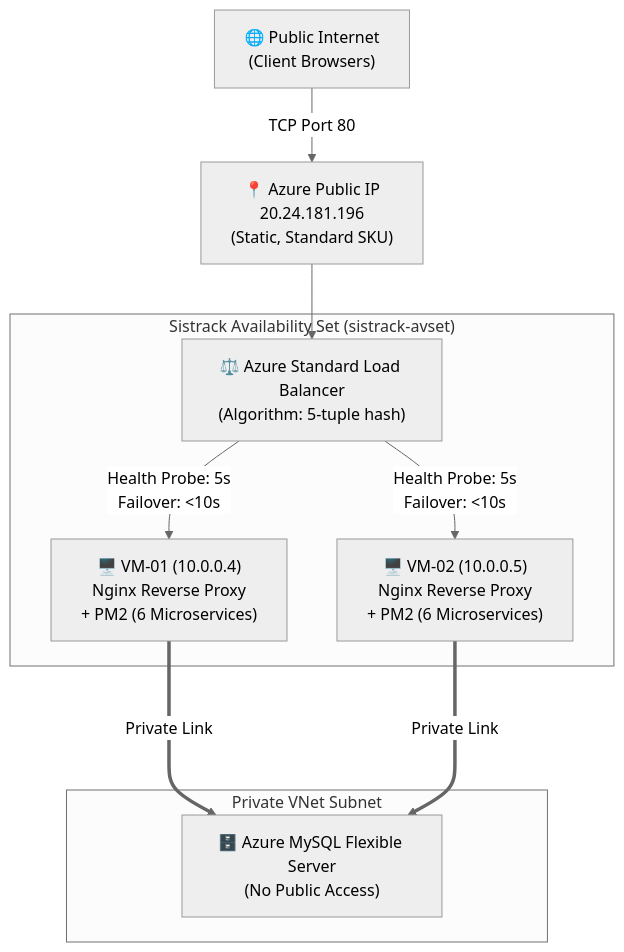
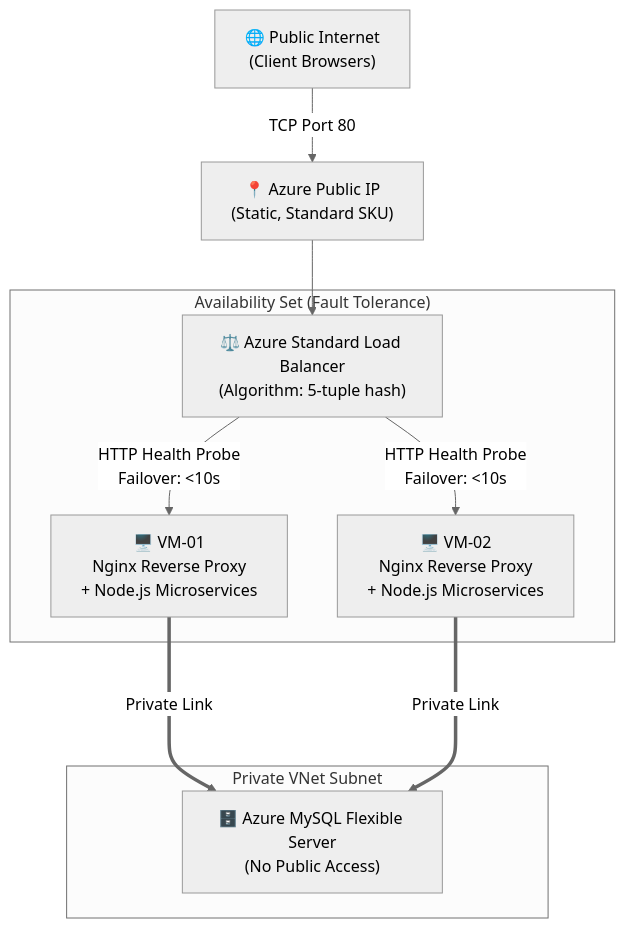
The first of 2 diagrams in README.md (adamyudhistiramuhtar-byte/SistrackV2), drawn with Mermaid (neutral theme) before and after one commit. The commit also changed other lines of this file and 15 other files, not shown here.

Commit message:
docs: overhaul project documentation with comprehensive cloud architecture guides and professionalize README content

````diff
--- a/README.md
+++ b/README.md
@@ -56,16 +54,16 @@
 ```mermaid
 graph TD
-    Internet["🌐 Public Internet\n(Client Browsers)"] -->|TCP Port 80| LB_PIP["📍 Azure Public IP\n20.24.181.196\n(Static, Standard SKU)"]
+    Internet["🌐 Public Internet\n(Client Browsers)"] -->|TCP Port 80| LB_PIP["📍 Azure Public IP\n(Static, Standard SKU)"]
     
     LB_PIP --> LB["⚖️ Azure Standard Load Balancer\n(Algorithm: 5-tuple hash)"]
     
-    subgraph "Sistrack Availability Set (sistrack-avset)"
-        LB -->|"Health Probe: 5s\nFailover: <10s"| VM1["🖥️ VM-01 (10.0.0.4)\nNginx Reverse Proxy\n+ PM2 (6 Microservices)"]
-        LB -->|"Health Probe: 5s\nFailover: <10s"| VM2["🖥️ VM-02 (10.0.0.5)\nNginx Reverse Proxy\n+ PM2 (6 Microservices)"]
+    subgraph "Availability Set (Fault Tolerance)"
+        LB -->|"HTTP Health Probe\nFailover: <10s"| VM1["🖥️ VM-01\nNginx Reverse Proxy\n+ Node.js Microservices"]
+        LB -->|"HTTP Health Probe\nFailover: <10s"| VM2["🖥️ VM-02\nNginx Reverse Proxy\n+ Node.js Microservices"]
     end
     
     subgraph "Private VNet Subnet"
         VM1 ===>|Private Link| DB["🗄️ Azure MySQL Flexible Server\n(No Public Access)"]
         VM2 ===>|Private Link| DB
     end
 ```
````
